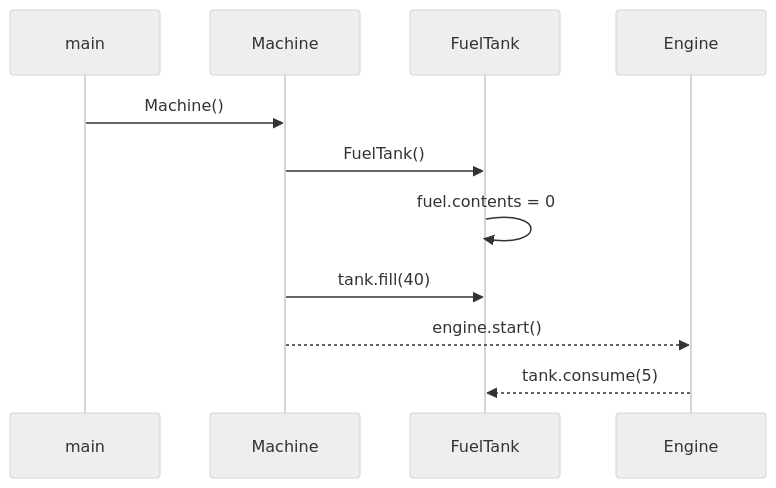
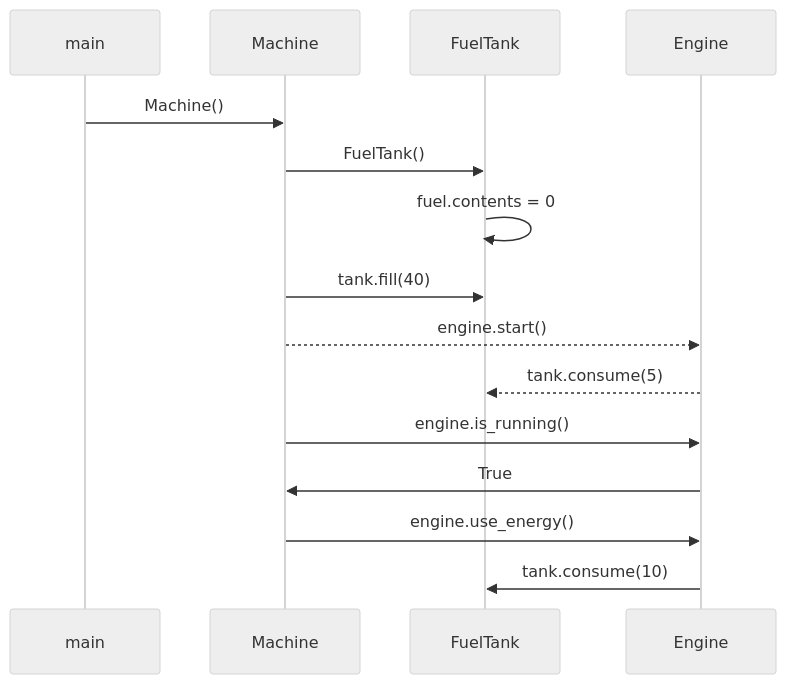
The diagram in laskarit/viikko3/sekvenssikaavio_moottori.md (brotholi/ot-harjoitustyo), drawn with Mermaid (neutral theme) before and after one commit.

````diff
--- a/laskarit/viikko3/sekvenssikaavio_moottori.md
+++ b/laskarit/viikko3/sekvenssikaavio_moottori.md
@@ -3,16 +3,21 @@
 ```mermaid
 sequenceDiagram
   participant main
   participant Machine
   participant FuelTank
   participant Engine
   main->>Machine: Machine() 
   Machine->>FuelTank: FuelTank()
   FuelTank->>FuelTank: fuel.contents = 0
   Machine->>FuelTank: tank.fill(40)
   Machine-->>Engine: engine.start()
   Engine-->>FuelTank: tank.consume(5)
+  Machine->>Engine: engine.is_running()
+  Engine->>Machine: True
+  Machine->>Engine: engine.use_energy()
+  Engine->>FuelTank: tank.consume(10)
+  
   
   
   
 ```
````
